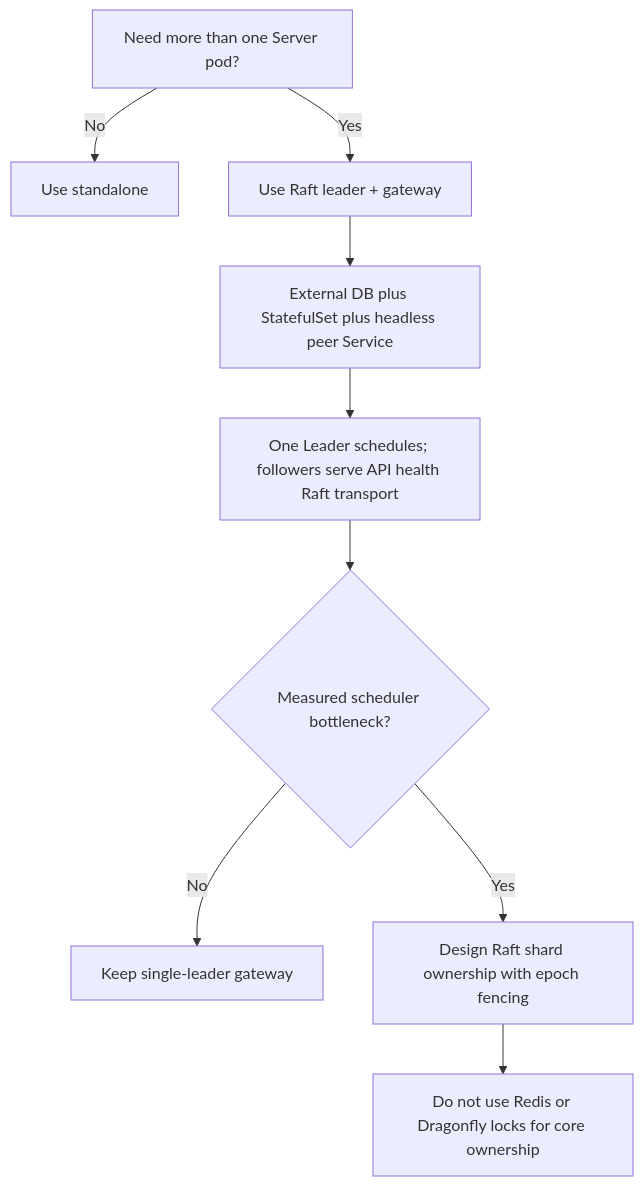
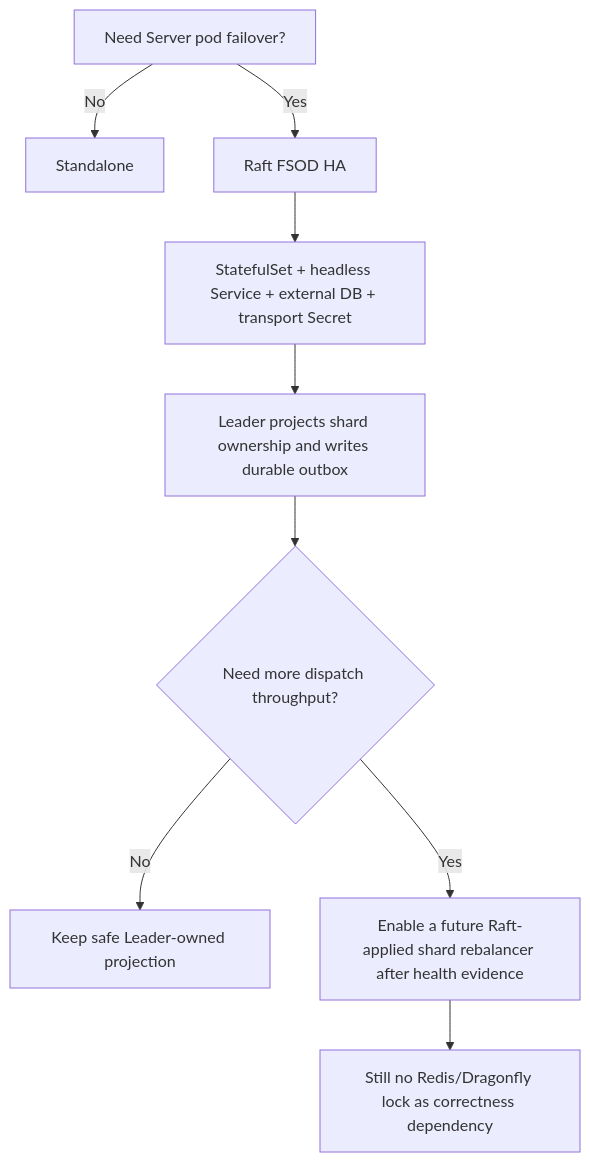
The third of 4 diagrams in docs/docs/deployment/server-ha.md (yhyzgn/tikeo), drawn with Mermaid before and after one commit. The commit also changed other lines of this file and 13 other files, not shown here.

````diff
--- a/docs/docs/deployment/server-ha.md
+++ b/docs/docs/deployment/server-ha.md
@@ -85,11 +106,11 @@
 ```mermaid
 flowchart TD
-  A[Need more than one Server pod?] -->|No| B[Use standalone]
-  A -->|Yes| C[Use Raft leader + gateway]
-  C --> D[External DB plus StatefulSet plus headless peer Service]
-  D --> E[One Leader schedules; followers serve API health Raft transport]
-  E --> F{Measured scheduler bottleneck?}
-  F -->|No| G[Keep single-leader gateway]
-  F -->|Yes| H[Design Raft shard ownership with epoch fencing]
-  H --> I[Do not use Redis or Dragonfly locks for core ownership]
+  A[Need Server pod failover?] -->|No| B[Standalone]
+  A -->|Yes| C[Raft FSOD HA]
+  C --> D[StatefulSet + headless Service + external DB + transport Secret]
+  D --> E[Leader projects shard ownership and writes durable outbox]
+  E --> F{Need more dispatch throughput?}
+  F -->|No| G[Keep safe Leader-owned projection]
+  F -->|Yes| H[Enable a future Raft-applied shard rebalancer after health evidence]
+  H --> I[Still no Redis/Dragonfly lock as correctness dependency]
 ```
````
